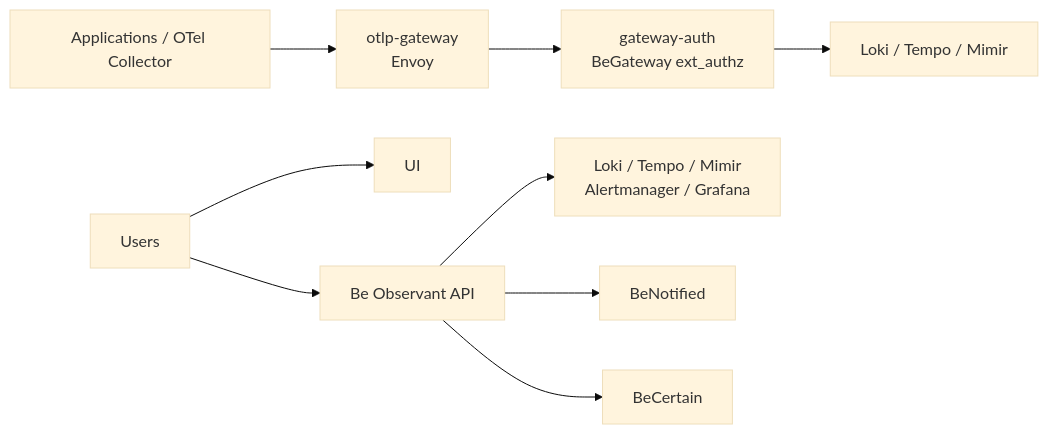
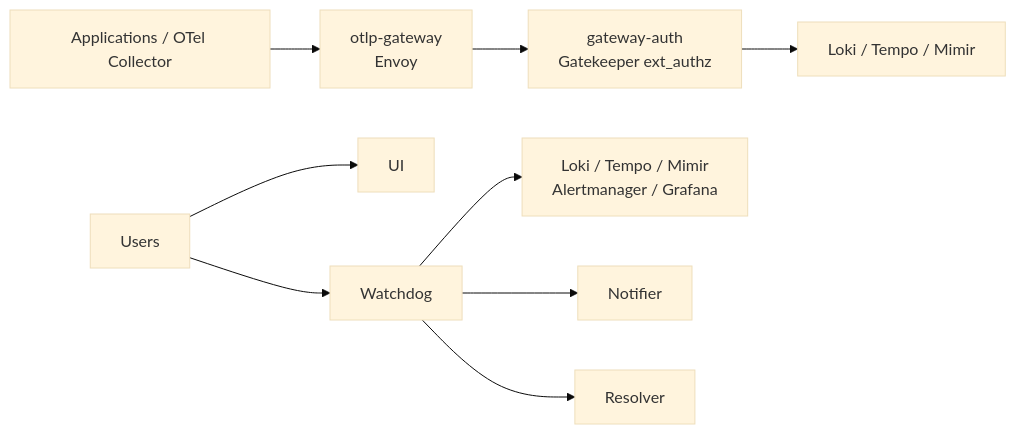
The diagram in README.md (observantio/beobservant), drawn with Mermaid (base theme) before and after one commit. The commit also changed other lines of this file and 391 other files, not shown here.

````diff
--- a/README.md
+++ b/README.md
@@ -63,12 +63,12 @@
 ```mermaid
 flowchart LR
   A[Applications / OTel Collector] --> B[otlp-gateway<br/>Envoy]
-  B --> C[gateway-auth<br/>BeGateway ext_authz]
+  B --> C[gateway-auth<br/>Gatekeeper ext_authz]
   C --> D[Loki / Tempo / Mimir]
 
   U[Users] --> UI[UI]
-  U --> API[Be Observant API]
+  U --> API[Watchdog]
   API --> G[Loki / Tempo / Mimir<br/>Alertmanager / Grafana]
-  API --> N[BeNotified]
-  API --> R[BeCertain]
+  API --> N[Notifier]
+  API --> R[Resolver]
 ```
````
